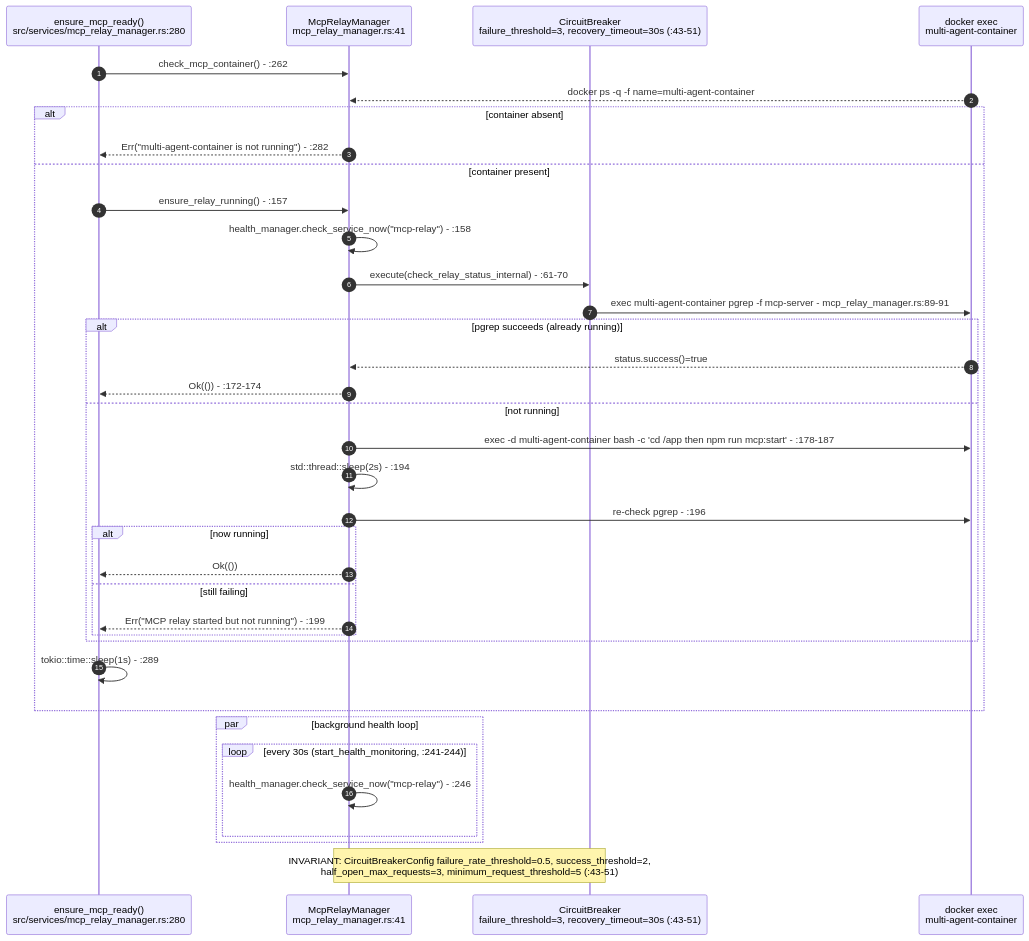
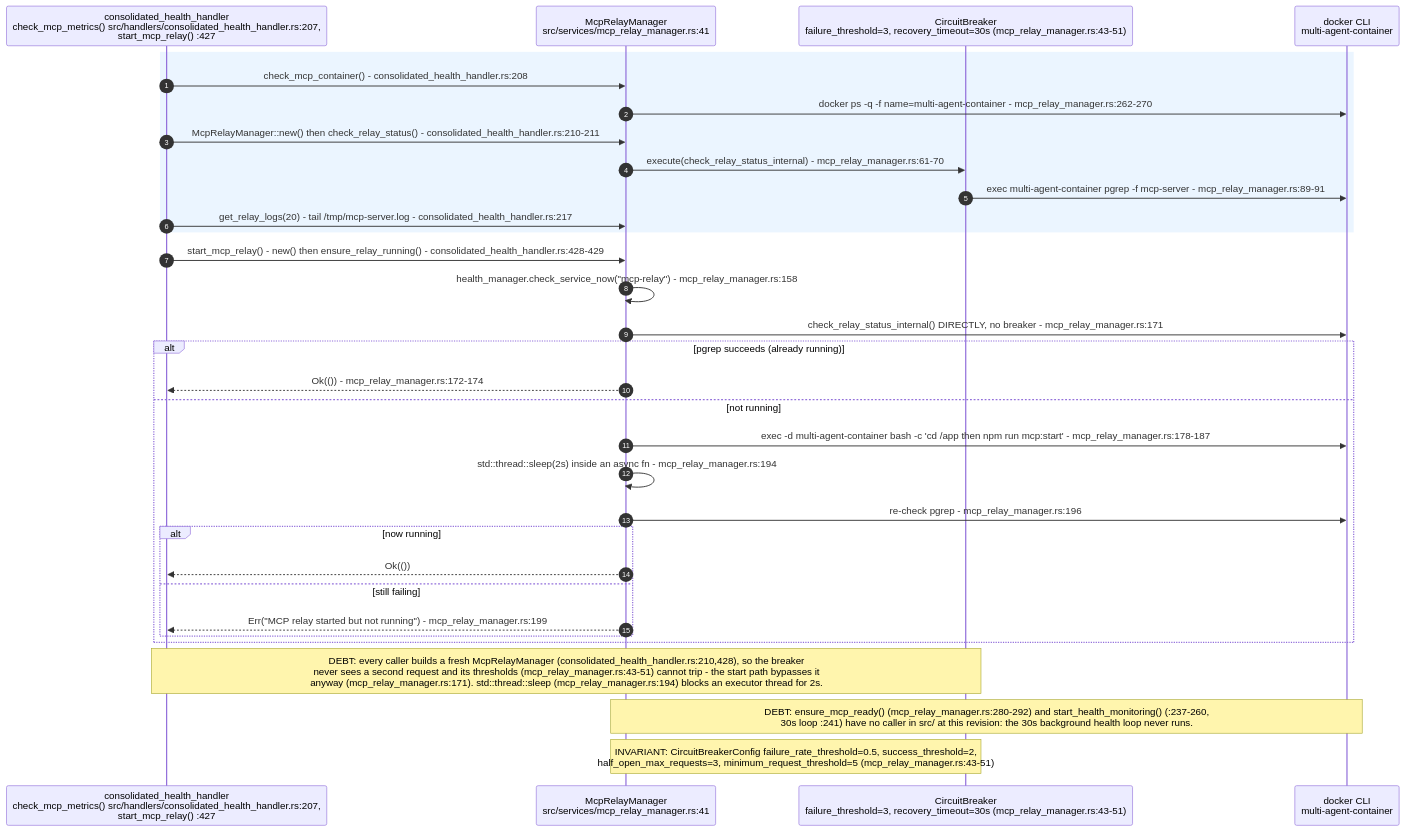
One commit to DreamLab-AI/VisionFlow changed the second of 11 diagrams in docs/diagrams/visionclaw/27-agent-integration-mcp-relay.md. Above: the diagram before and after it, drawn with Mermaid. The commit also changed other lines of this file and 173 other files, not shown here.

````diff
--- a/docs/diagrams/visionclaw/27-agent-integration-mcp-relay.md
+++ b/docs/diagrams/visionclaw/27-agent-integration-mcp-relay.md
@@ -77,39 +81,35 @@
 ```mermaid
 sequenceDiagram
     autonumber
-    participant Caller as ensure_mcp_ready()<br/>src/services/mcp_relay_manager.rs:280
-    participant MRM as McpRelayManager<br/>mcp_relay_manager.rs:41
-    participant CB as CircuitBreaker<br/>failure_threshold=3, recovery_timeout=30s (:43-51)
-    participant Docker as docker exec<br/>multi-agent-container
+    participant HH as consolidated_health_handler<br/>check_mcp_metrics() src/handlers/consolidated_health_handler.rs:207,<br/>start_mcp_relay() :427
+    participant MRM as McpRelayManager<br/>src/services/mcp_relay_manager.rs:41
+    participant CB as CircuitBreaker<br/>failure_threshold=3, recovery_timeout=30s (mcp_relay_manager.rs:43-51)
+    participant Docker as docker CLI<br/>multi-agent-container
 
-    Caller->>MRM: check_mcp_container() - :262
-    Docker-->>MRM: docker ps -q -f name=multi-agent-container
-    alt container absent
-        MRM-->>Caller: Err("multi-agent-container is not running") - :282
-    else container present
-        Caller->>MRM: ensure_relay_running() - :157
-        MRM->>MRM: health_manager.check_service_now("mcp-relay") - :158
-        MRM->>CB: execute(check_relay_status_internal) - :61-70
-        CB->>Docker: exec multi-agent-container pgrep -f mcp-server - mcp_relay_manager.rs:89-91
-        alt pgrep succeeds (already running)
-            Docker-->>MRM: status.success()=true
-            MRM-->>Caller: Ok(()) - :172-174
-        else not running
-            MRM->>Docker: exec -d multi-agent-container bash -c 'cd /app then npm run mcp:start' - :178-187
-            MRM->>MRM: std::thread::sleep(2s) - :194
-            MRM->>Docker: re-check pgrep - :196
-            alt now running
-                MRM-->>Caller: Ok(())
-            else still failing
-                MRM-->>Caller: Err("MCP relay started but not running") - :199
-            end
-        end
-        Caller->>Caller: tokio::time::sleep(1s) - :289
+    rect rgb(235,245,255)
+    HH->>MRM: check_mcp_container() - consolidated_health_handler.rs:208
+    MRM->>Docker: docker ps -q -f name=multi-agent-container - mcp_relay_manager.rs:262-270
+    HH->>MRM: McpRelayManager::new() then check_relay_status() - consolidated_health_handler.rs:210-211
+    MRM->>CB: execute(check_relay_status_internal) - mcp_relay_manager.rs:61-70
+    CB->>Docker: exec multi-agent-container pgrep -f mcp-server - mcp_relay_manager.rs:89-91
+    HH->>MRM: get_relay_logs(20) - tail /tmp/mcp-server.log - consolidated_health_handler.rs:217
     end
-    par background health loop
-        loop every 30s (start_health_monitoring, :241-244)
-            MRM->>MRM: health_manager.check_service_now("mcp-relay") - :246
+    HH->>MRM: start_mcp_relay() - new() then ensure_relay_running() - consolidated_health_handler.rs:428-429
+    MRM->>MRM: health_manager.check_service_now("mcp-relay") - mcp_relay_manager.rs:158
+    MRM->>Docker: check_relay_status_internal() DIRECTLY, no breaker - mcp_relay_manager.rs:171
+    alt pgrep succeeds (already running)
+        MRM-->>HH: Ok(()) - mcp_relay_manager.rs:172-174
+    else not running
+        MRM->>Docker: exec -d multi-agent-container bash -c 'cd /app then npm run mcp:start' - mcp_relay_manager.rs:178-187
+        MRM->>MRM: std::thread::sleep(2s) inside an async fn - mcp_relay_manager.rs:194
+        MRM->>Docker: re-check pgrep - mcp_relay_manager.rs:196
+        alt now running
+            MRM-->>HH: Ok(())
+        else still failing
+            MRM-->>HH: Err("MCP relay started but not running") - mcp_relay_manager.rs:199
         end
     end
-    Note over MRM,CB: INVARIANT: CircuitBreakerConfig failure_rate_threshold=0.5, success_threshold=2,<br/>half_open_max_requests=3, minimum_request_threshold=5 (:43-51)
+    Note over HH,CB: DEBT: every caller builds a fresh McpRelayManager (consolidated_health_handler.rs:210,428), so the breaker<br/>never sees a second request and its thresholds (mcp_relay_manager.rs:43-51) cannot trip - the start path bypasses it<br/>anyway (mcp_relay_manager.rs:171). std::thread::sleep (mcp_relay_manager.rs:194) blocks an executor thread for 2s.
+    Note over MRM,Docker: DEBT: ensure_mcp_ready() (mcp_relay_manager.rs:280-292) and start_health_monitoring() (:237-260,<br/>30s loop :241) have no caller in src/ at this revision: the 30s background health loop never runs.
+    Note over MRM,CB: INVARIANT: CircuitBreakerConfig failure_rate_threshold=0.5, success_threshold=2,<br/>half_open_max_requests=3, minimum_request_threshold=5 (mcp_relay_manager.rs:43-51)
 ```
````
